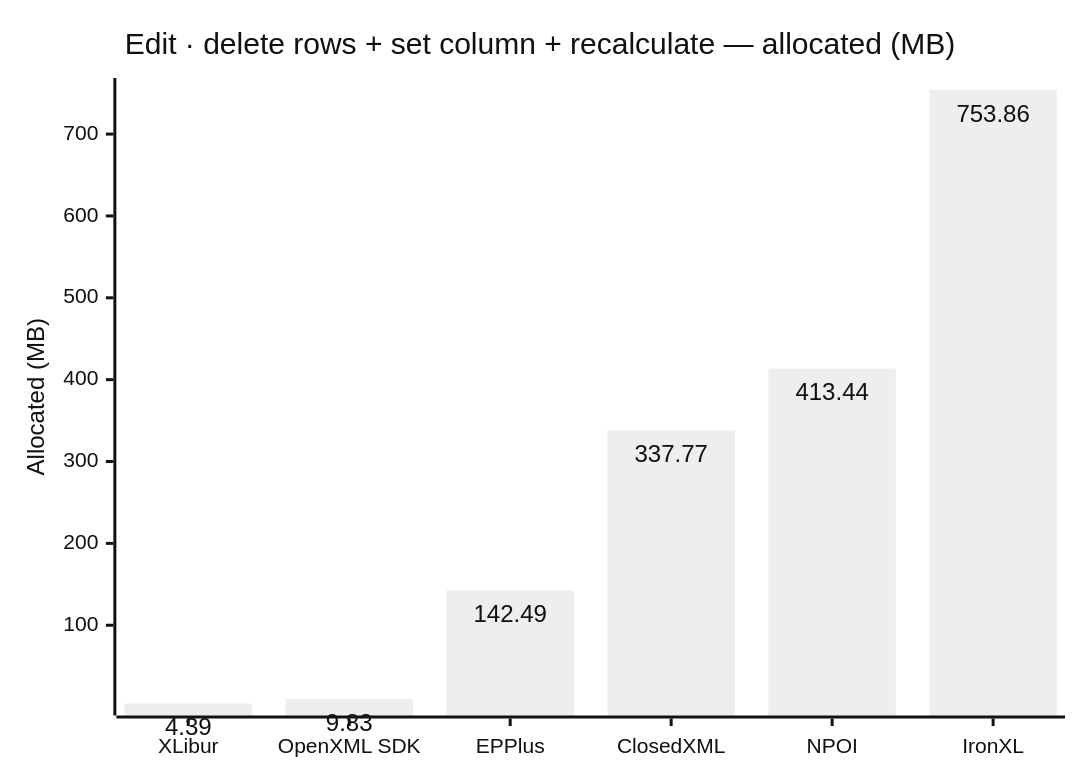
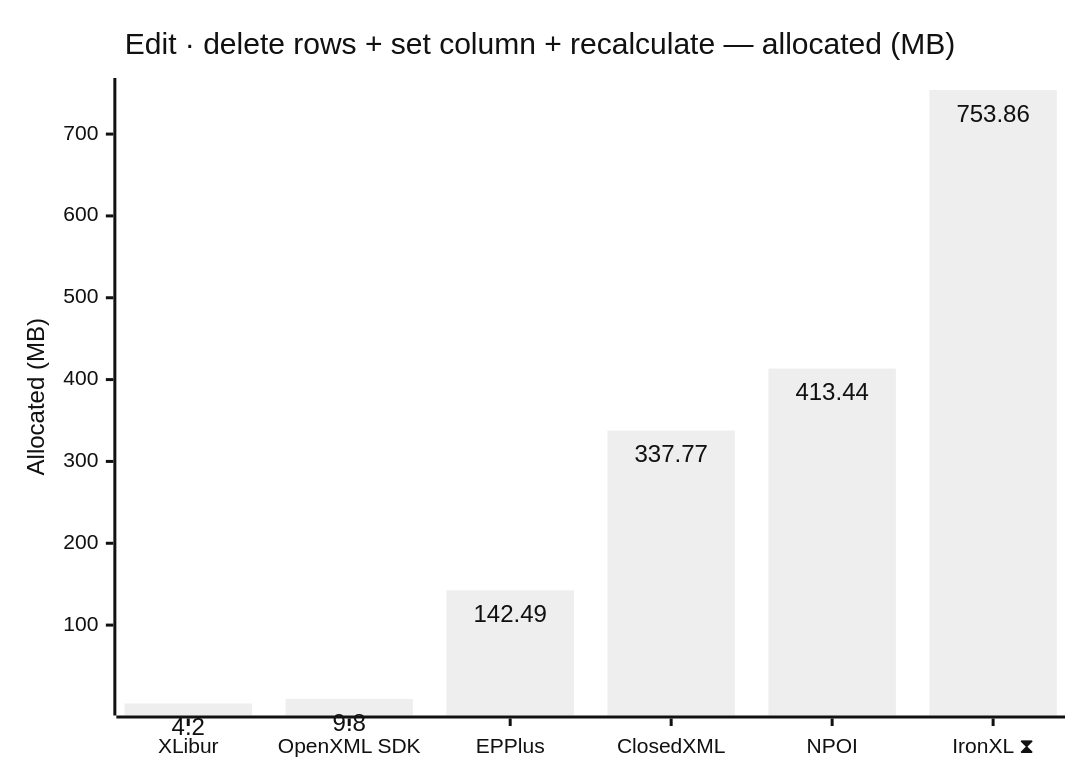
One commit to jafin/XLBench changed the tenth of 12 diagrams in docs/results.md. Above: the diagram before and after it, drawn with Mermaid (neutral theme). The commit also changed other lines of this file and 3 other files, not shown here.

````diff
--- a/docs/results.md
+++ b/docs/results.md
@@ -152,12 +156,12 @@
 ```mermaid
 ---
 config:
   xyChart:
     showDataLabel: true
 ---
 xychart-beta
     title "Edit · delete rows + set column + recalculate — allocated (MB)"
-    x-axis ["XLibur", "OpenXML SDK", "EPPlus", "ClosedXML", "NPOI", "IronXL"]
+    x-axis ["XLibur", "OpenXML SDK", "EPPlus", "ClosedXML", "NPOI", "IronXL ⧗"]
     y-axis "Allocated (MB)"
-    bar [4.39, 9.83, 142.49, 337.77, 413.44, 753.86]
+    bar [4.2, 9.8, 142.49, 337.77, 413.44, 753.86]
 ```
````
